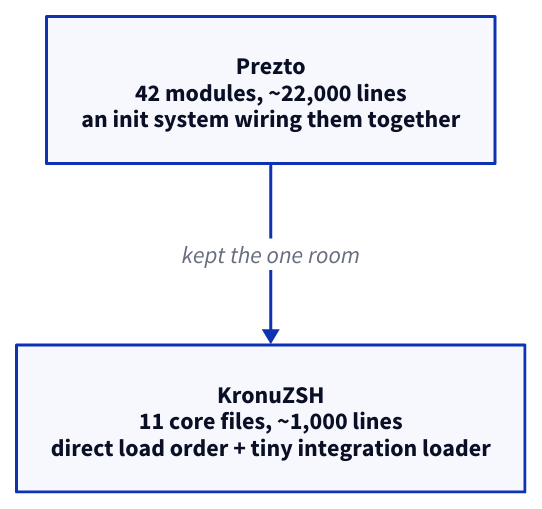
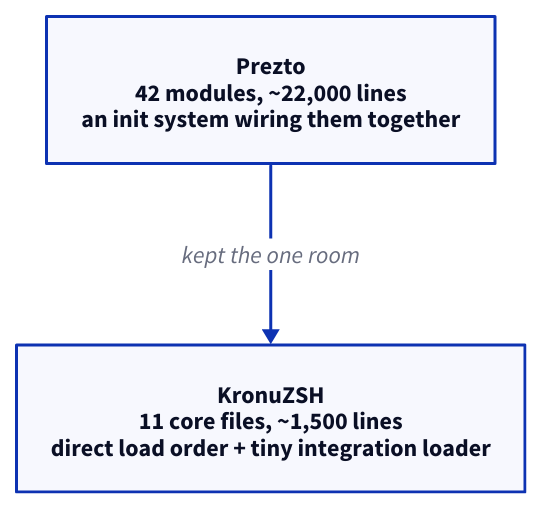
The diagram in src/content/docs/blog/molting.md (Kronuz/Kronuz.github.io), drawn with D2 before and after one commit. The commit also changed other lines of this file, not shown here.

Commit message:
blog: update KronuZSH prompt behavior

````diff
--- a/src/content/docs/blog/molting.md
+++ b/src/content/docs/blog/molting.md
@@ -32,6 +32,6 @@
 ```d2 alt="Prezto loaded 42 modules through a general init system to build the shell; KronuZSH sources its core files directly, uses a tiny loader for optional tool integrations, and the prompt stands on its own."
 direction: down
 old: "Prezto\n42 modules, ~22,000 lines\nan init system wiring them together" { shape: rectangle }
-new: "KronuZSH\n11 core files, ~1,000 lines\ndirect load order + tiny integration loader" { shape: rectangle }
+new: "KronuZSH\n11 core files, ~1,500 lines\ndirect load order + tiny integration loader" { shape: rectangle }
 old -> new: "kept the one room"
 ```
````
